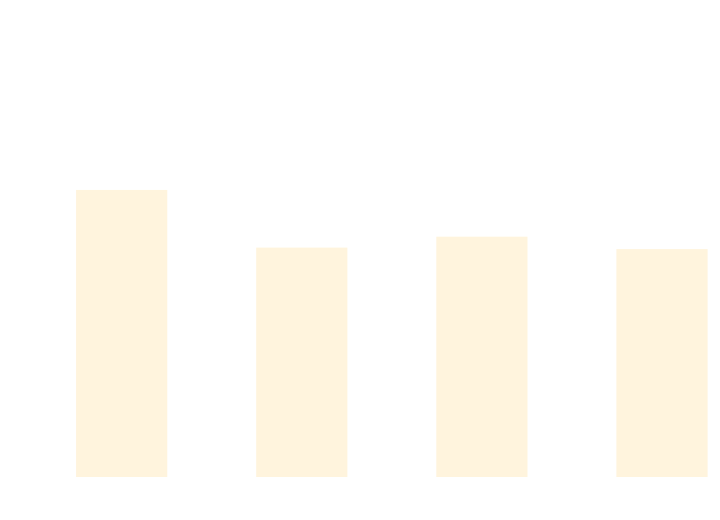
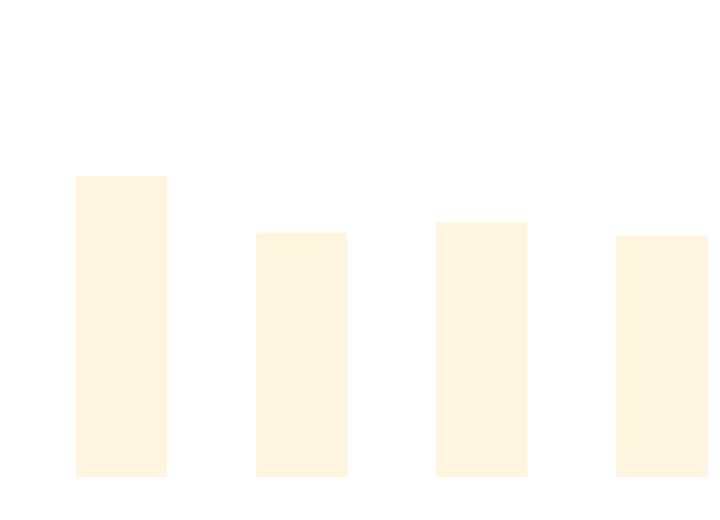
One commit to thomhurst/TUnit changed the diagram in docs/docs/benchmarks/BuildTime.md. Above: the diagram before and after it, drawn with Mermaid. The commit also changed other lines of this file and 17 other files, not shown here.

````diff
--- a/docs/docs/benchmarks/BuildTime.md
+++ b/docs/docs/benchmarks/BuildTime.md
@@ -28,37 +28,37 @@
 ```mermaid
 %%{init: {
   'theme':'base',
   'themeVariables': {
     'primaryColor': '#2563eb',
     'primaryTextColor': '#ffffff',
     'primaryBorderColor': '#1e40af',
     'lineColor': '#6b7280',
     'secondaryColor': '#7c3aed',
     'tertiaryColor': '#dc2626',
     'background': '#ffffff',
     'mainBkg': '#2563eb',
     'secondBkg': '#7c3aed',
     'tertiaryBkg': '#dc2626',
     'clusterBkg': '#f3f4f6',
     'edgeLabelBackground': '#ffffff',
     'tertiaryTextColor': '#1f2937',
     'pie1': '#2563eb',
     'pie2': '#7c3aed',
     'pie3': '#dc2626',
     'pie4': '#f59e0b',
     'pie5': '#10b981',
     'pie6': '#06b6d4',
     'pie7': '#ec4899',
     'pie8': '#6366f1',
     'pie9': '#84cc16',
     'pie10': '#f97316',
     'pie11': '#14b8a6',
     'pie12': '#a855f7'
   }
 }}%%
 xychart-beta
   title "Build Time Comparison"
   x-axis ["Build_TUnit", "Build_NUnit", "Build_MSTest", "Build_xUnit3"]
   y-axis "Time (s)" 0 --> 3
-  bar [2.047, 1.624, 1.704, 1.613]
+  bar [2.148, 1.734, 1.808, 1.711]
 ```
````
